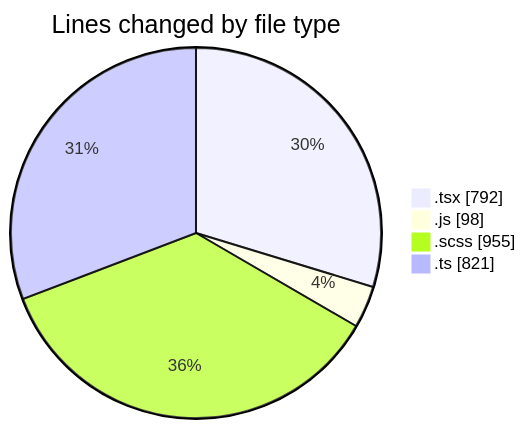
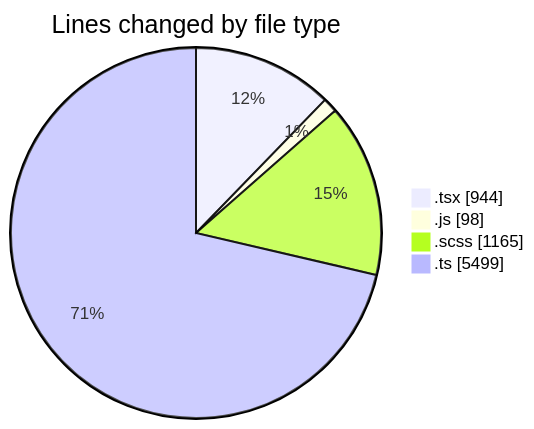
The first of 2 diagrams in 2025-03-31/cda/README.md (momahboobian/code-tracking), drawn with Mermaid before and after one commit. The commit also changed other lines of this file and 1 other file, not shown here.

````diff
--- a/2025-03-31/cda/README.md
+++ b/2025-03-31/cda/README.md
@@ -31,8 +39,8 @@
 ```mermaid
 pie showData
 title Lines changed by file type
-".tsx" : 792
+".tsx" : 944
 ".js" : 98
-".scss" : 955
-".ts" : 821
+".scss" : 1165
+".ts" : 5499
 ```
````
